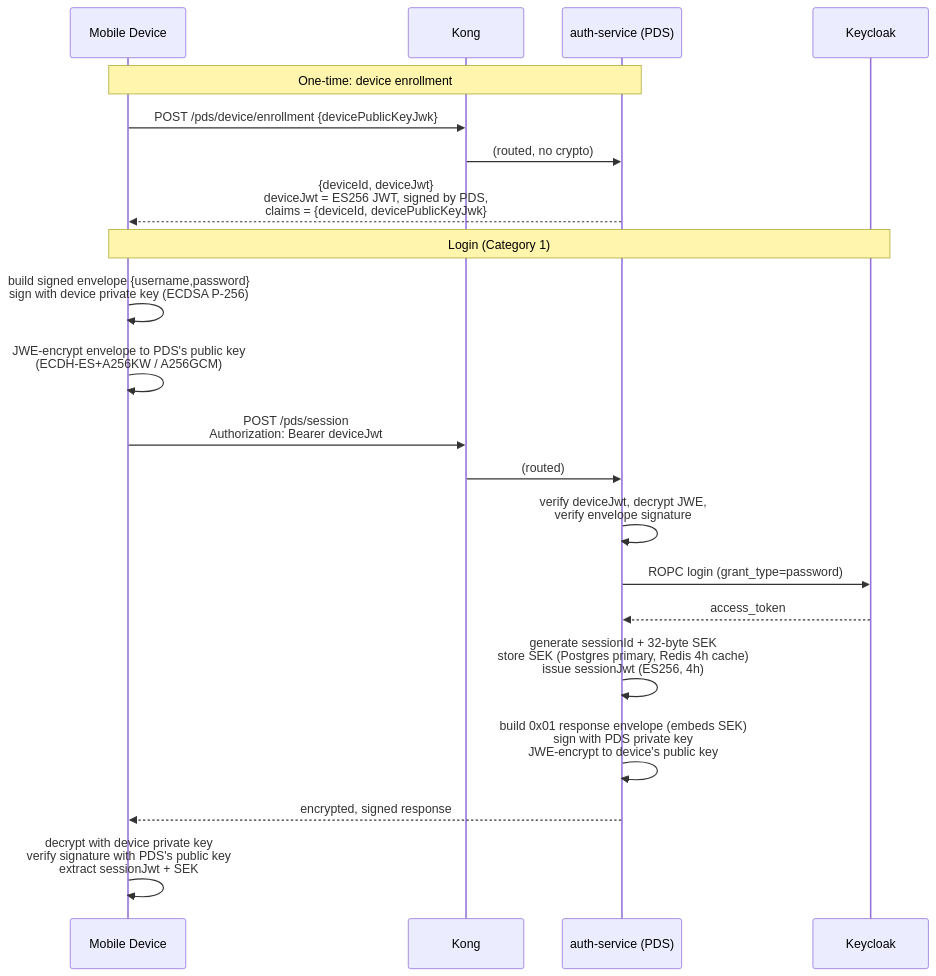
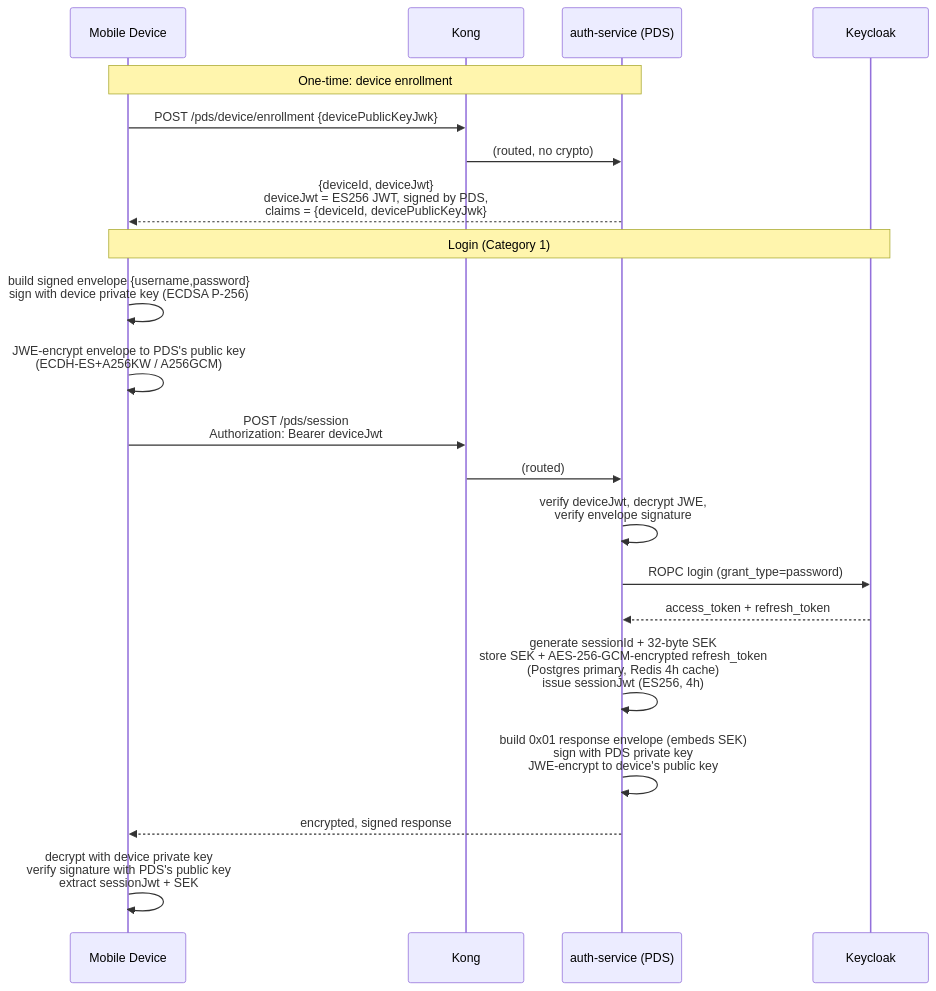
One commit to PinThapanawat/kong-custom-auth-poc changed the first of 3 diagrams in docs/encryption-workflow.md. Above: the diagram before and after it, drawn with Mermaid. The commit also changed other lines of this file and 11 other files, not shown here.

Commit message:
feat: re-enable real-time session revocation via Keycloak refresh token introspection

````diff
--- a/docs/encryption-workflow.md
+++ b/docs/encryption-workflow.md
@@ -34,25 +34,25 @@
 ```mermaid
 sequenceDiagram
     participant Device as Mobile Device
     participant Kong
     participant PDS as auth-service (PDS)
     participant Keycloak
 
     Note over Device,PDS: One-time: device enrollment
     Device->>Kong: POST /pds/device/enrollment {devicePublicKeyJwk}
     Kong->>PDS: (routed, no crypto)
     PDS-->>Device: {deviceId, deviceJwt}<br/>deviceJwt = ES256 JWT, signed by PDS,<br/>claims = {deviceId, devicePublicKeyJwk}
 
     Note over Device,Keycloak: Login (Category 1)
     Device->>Device: build signed envelope {username,password}<br/>sign with device private key (ECDSA P-256)
     Device->>Device: JWE-encrypt envelope to PDS's public key<br/>(ECDH-ES+A256KW / A256GCM)
     Device->>Kong: POST /pds/session<br/>Authorization: Bearer deviceJwt
     Kong->>PDS: (routed)
     PDS->>PDS: verify deviceJwt, decrypt JWE,<br/>verify envelope signature
     PDS->>Keycloak: ROPC login (grant_type=password)
-    Keycloak-->>PDS: access_token
-    PDS->>PDS: generate sessionId + 32-byte SEK<br/>store SEK (Postgres primary, Redis 4h cache)<br/>issue sessionJwt (ES256, 4h)
+    Keycloak-->>PDS: access_token + refresh_token
+    PDS->>PDS: generate sessionId + 32-byte SEK<br/>store SEK + AES-256-GCM-encrypted refresh_token<br/>(Postgres primary, Redis 4h cache)<br/>issue sessionJwt (ES256, 4h)
     PDS->>PDS: build 0x01 response envelope (embeds SEK)<br/>sign with PDS private key<br/>JWE-encrypt to device's public key
     PDS-->>Device: encrypted, signed response
     Device->>Device: decrypt with device private key<br/>verify signature with PDS's public key<br/>extract sessionJwt + SEK
 ```
````
